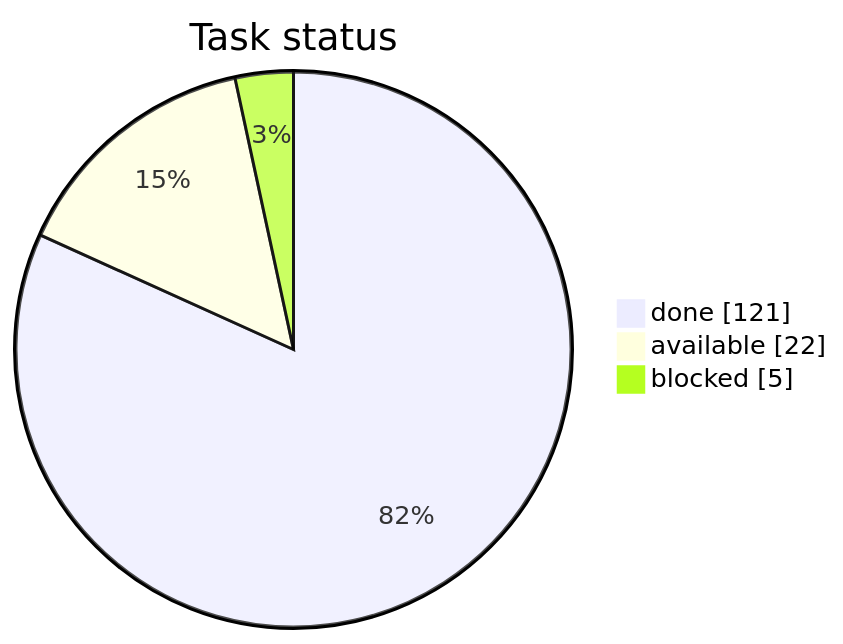
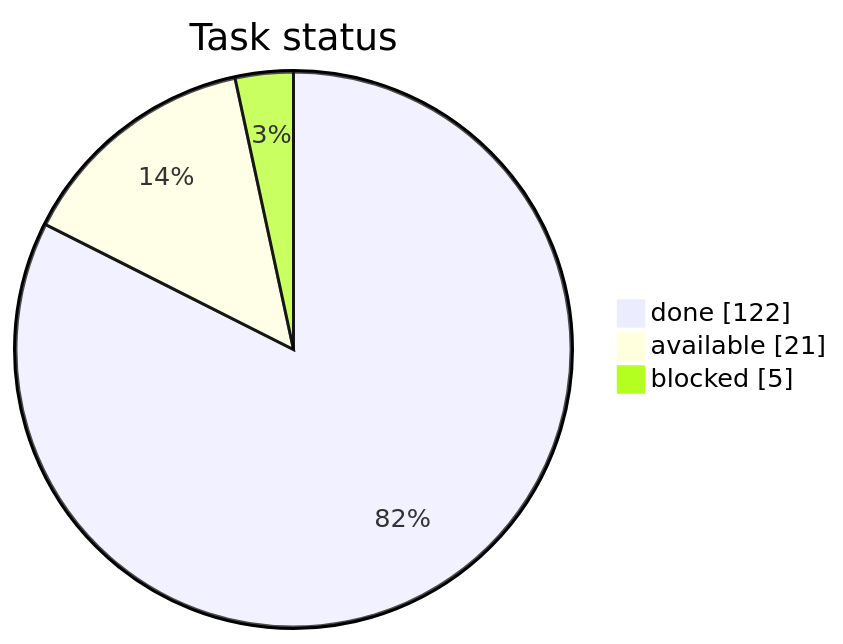
Before and after one commit to artemiiShabanov/RallyRivals: the first of 3 diagrams in STATUS.md, drawn with Mermaid. The commit also changed other lines of this file and 6 other files, not shown here.

````diff
--- a/STATUS.md
+++ b/STATUS.md
@@ -7,7 +7,7 @@
 ```mermaid
 pie showData
     title Task status
-    "done" : 121
-    "available" : 22
+    "done" : 122
+    "available" : 21
     "blocked" : 5
 ```
````
